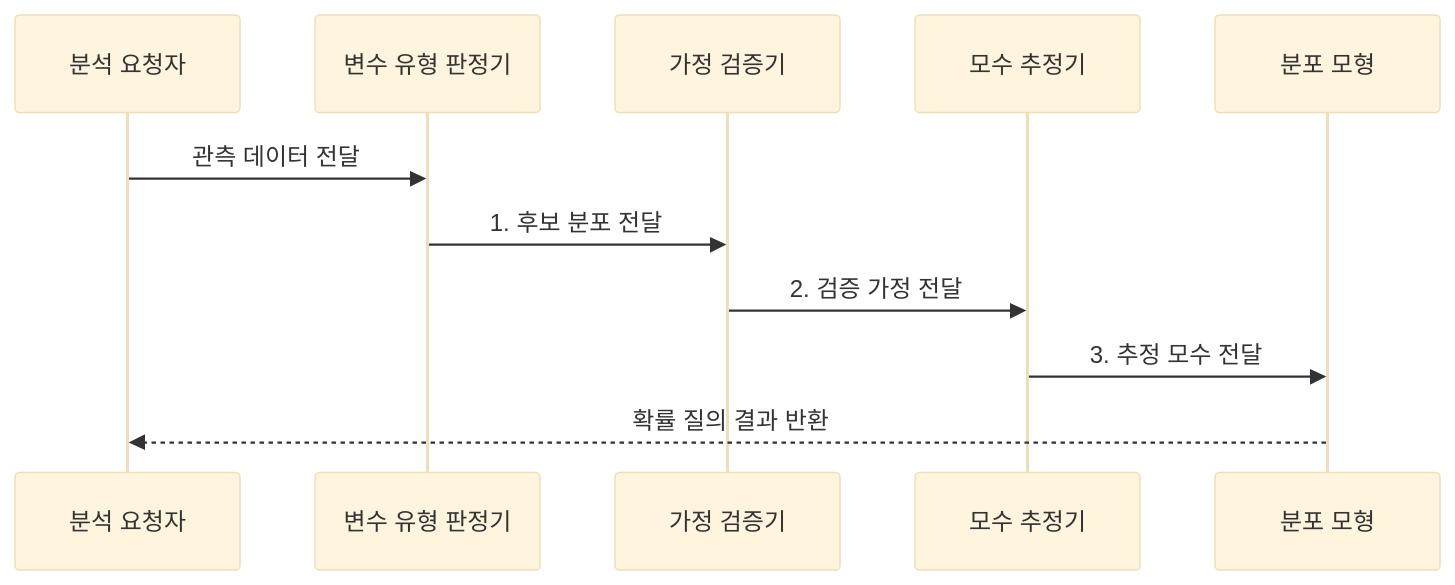
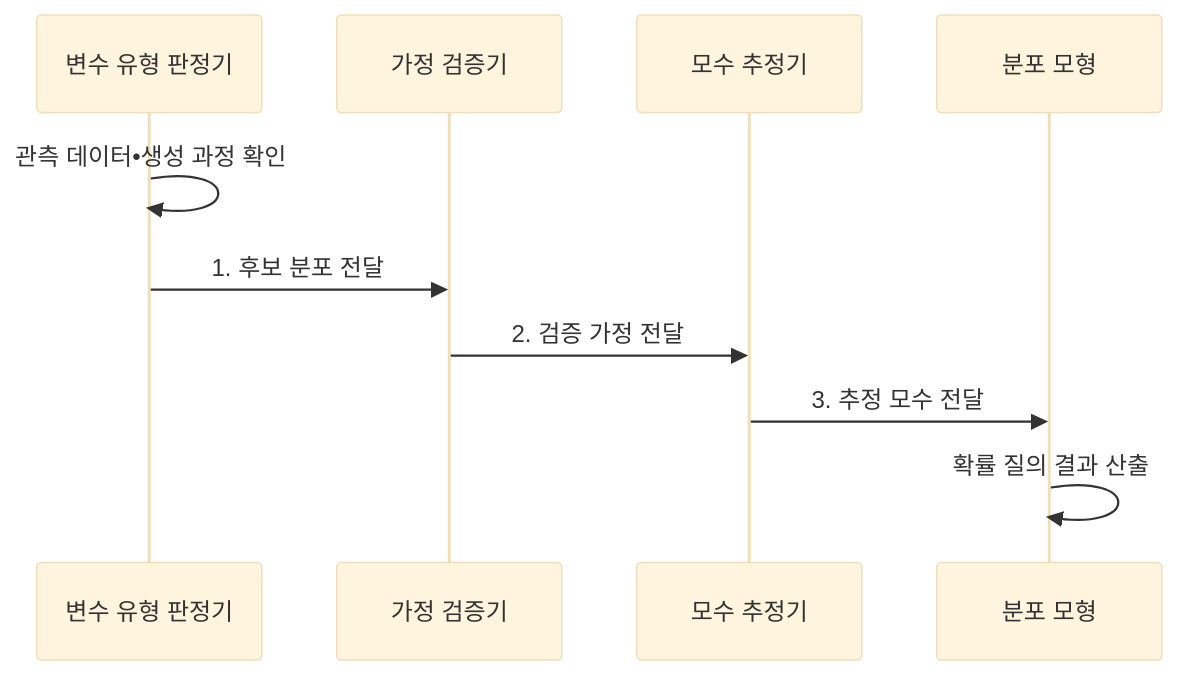
Before and after one commit to agnusdei1207/knowledge-base: the second of 2 diagrams in src/content/docs/notes/01-basic-theory/032_probability_distribution.md, drawn with Mermaid (base theme). The commit also changed 3 other files, not shown here.

Commit message:
Focus coding and probability flows

````diff
--- a/src/content/docs/notes/01-basic-theory/032_probability_distribution.md
+++ b/src/content/docs/notes/01-basic-theory/032_probability_distribution.md
@@ -94,13 +94,12 @@
 ```mermaid
 sequenceDiagram
-    participant Q as 분석 요청자
     participant T as 변수 유형 판정기
     participant A as 가정 검증기
     participant P as 모수 추정기
     participant M as 분포 모형
-    Q->>T: 관측 데이터 전달
+    T->>T: 관측 데이터•생성 과정 확인
     T->>A: 1. 후보 분포 전달
     A->>P: 2. 검증 가정 전달
     P->>M: 3. 추정 모수 전달
-    M-->>Q: 확률 질의 결과 반환
+    M->>M: 확률 질의 결과 산출
 ```
````
